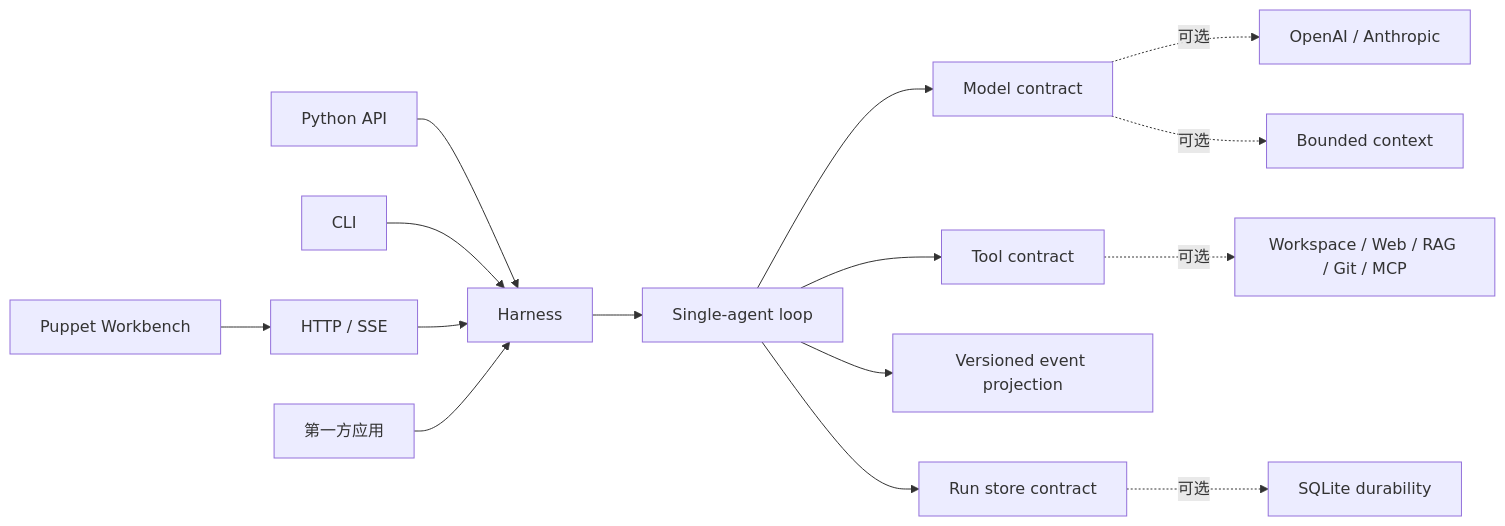
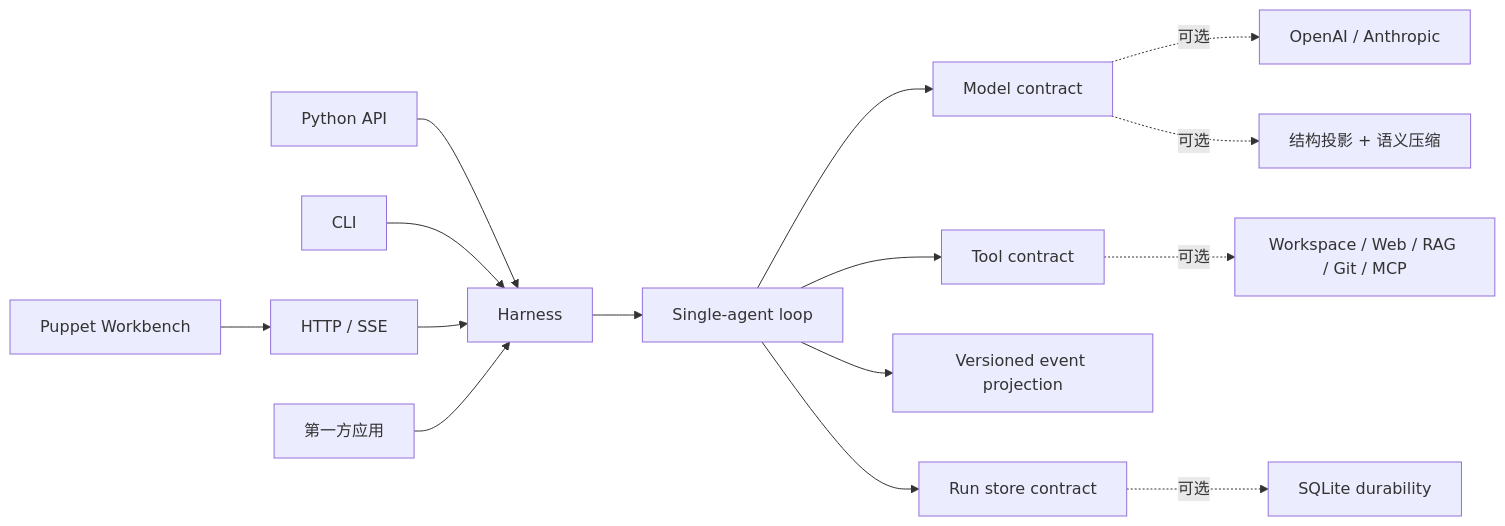
The first of 2 diagrams in README_zh.md (syusama/sasori), drawn with Mermaid before and after one commit. The commit also changed other lines of this file and 18 other files, not shown here.

````diff
--- a/README_zh.md
+++ b/README_zh.md
@@ -115,19 +115,19 @@
 ```mermaid
 flowchart LR
     P["Python API"] --> H["Harness"]
     C["CLI"] --> H
     S["HTTP / SSE"] --> H
     W["Puppet Workbench"] --> S
     A["第一方应用"] --> H
 
     H --> L["Single-agent loop"]
     L --> M["Model contract"]
     L --> T["Tool contract"]
     L --> E["Versioned event projection"]
     L --> R["Run store contract"]
 
     M -. 可选 .-> P1["OpenAI / Anthropic"]
-    M -. 可选 .-> CX["Bounded context"]
+    M -. 可选 .-> CX["结构投影 + 语义压缩"]
     T -. 可选 .-> X["Workspace / Web / RAG / Git / MCP"]
     R -. 可选 .-> SQ["SQLite durability"]
 ```
````
